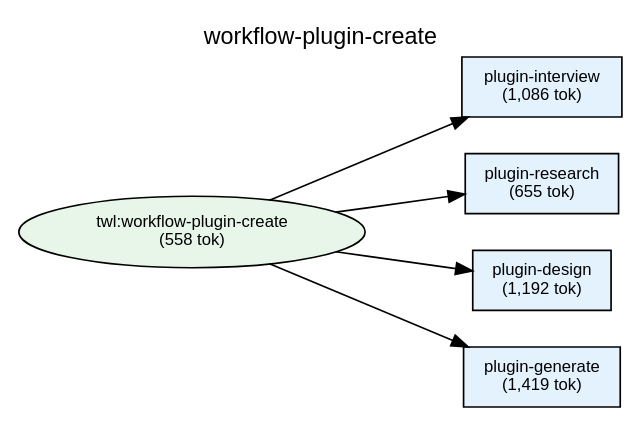
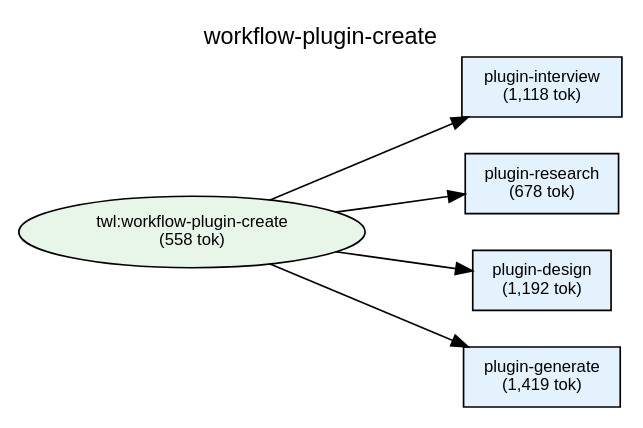
One commit to shuu5/twill changed the diagram in plugins/twl/docs/deps-workflow-plugin-create.dot. Above: the diagram before and after it, drawn with Graphviz. The commit also changed 43 other files, not shown here.

```diff
--- a/plugins/twl/docs/deps-workflow-plugin-create.dot
+++ b/plugins/twl/docs/deps-workflow-plugin-create.dot
@@ -1,51 +1,51 @@
 digraph Dependencies {
     // Graph settings
     rankdir=LR;
     ranksep=0.8;
     nodesep=0.3;
     fontname="Helvetica";
     node [fontname="Helvetica", fontsize=10];
     edge [fontname="Helvetica", fontsize=9];
     label="workflow-plugin-create";
     labelloc=t;
     fontsize=14;
 
     // L0: Controller Skills
 
     // L0: Launchers
 
     // L0.5: Workflow Skills
     skill_workflow_plugin_create [label="twl:workflow-plugin-create\n(558 tok)", shape=ellipse, style=filled, fillcolor="#e8f5e9"];
 
     // Reference Skills
 
     // L1: Direct Commands
-    cmd_plugin_interview [label="plugin-interview\n(1,086 tok)", shape=box, style=filled, fillcolor="#e3f2fd"];
-    cmd_plugin_research [label="plugin-research\n(655 tok)", shape=box, style=filled, fillcolor="#e3f2fd"];
+    cmd_plugin_interview [label="plugin-interview\n(1,118 tok)", shape=box, style=filled, fillcolor="#e3f2fd"];
+    cmd_plugin_research [label="plugin-research\n(678 tok)", shape=box, style=filled, fillcolor="#e3f2fd"];
     cmd_plugin_design [label="plugin-design\n(1,192 tok)", shape=box, style=filled, fillcolor="#e3f2fd"];
     cmd_plugin_generate [label="plugin-generate\n(1,419 tok)", shape=box, style=filled, fillcolor="#e3f2fd"];
 
     // L2: Sub Commands
 
     // L3: Agents
 
     // L3.5: Scripts
 
     // L4: External
 
     // Layer constraints
     { rank=same; skill_workflow_plugin_create; }
     { rank=same; cmd_plugin_interview; cmd_plugin_research; cmd_plugin_design; cmd_plugin_generate; }
 
     // Edges
     skill_workflow_plugin_create -> cmd_plugin_interview;
     skill_workflow_plugin_create -> cmd_plugin_research;
     skill_workflow_plugin_create -> cmd_plugin_design;
     skill_workflow_plugin_create -> cmd_plugin_generate;
 
     // Ordering constraints (invisible edges)
     cmd_plugin_interview -> cmd_plugin_research [style=invis, weight=10];
     cmd_plugin_research -> cmd_plugin_design [style=invis, weight=10];
     cmd_plugin_design -> cmd_plugin_generate [style=invis, weight=10];
 
 }
```
